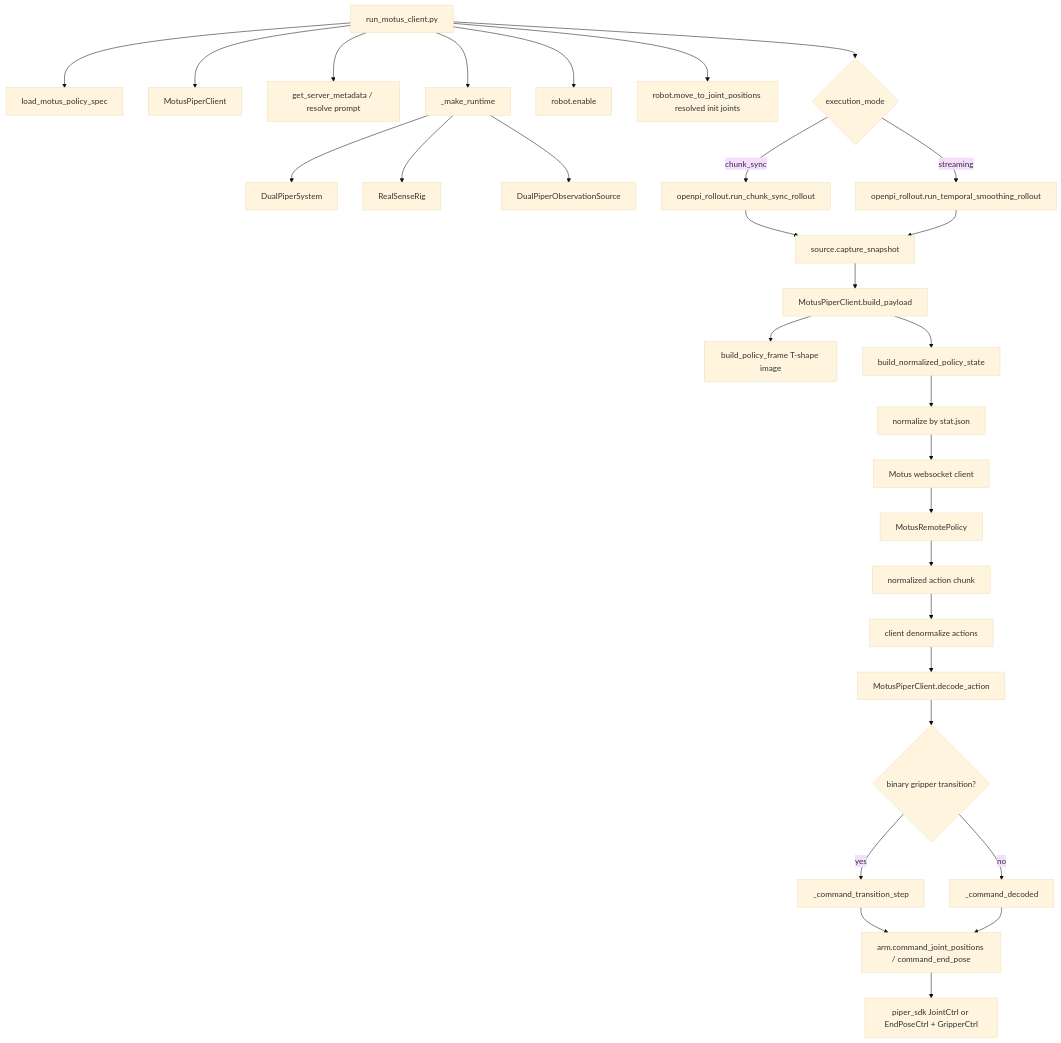
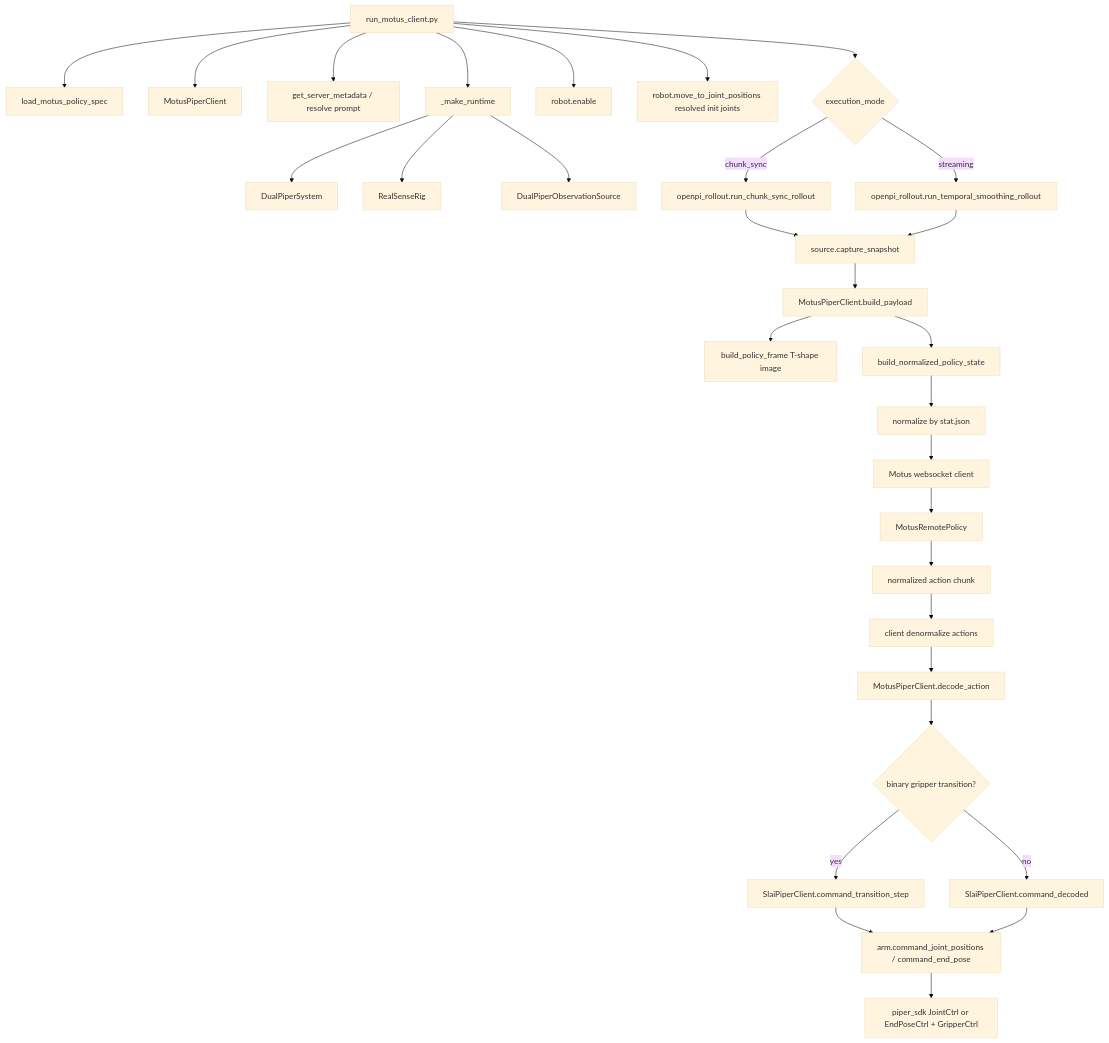
One commit to ZhaoRunyi/challenge_deploy changed the fourth of 6 diagrams in docs/deploy_call_chain.md. Above: the diagram before and after it, drawn with Mermaid (base theme). The commit also changed other lines of this file and 26 other files, not shown here.

````diff
--- a/docs/deploy_call_chain.md
+++ b/docs/deploy_call_chain.md
@@ -142,37 +149,37 @@
 ```mermaid
 flowchart TD
     C[run_motus_client.py] --> C1[load_motus_policy_spec]
     C --> C2[MotusPiperClient]
     C --> C3[get_server_metadata / resolve prompt]
     C --> C4[_make_runtime]
 
     C4 --> C5[DualPiperSystem]
     C4 --> C6[RealSenseRig]
     C4 --> C7[DualPiperObservationSource]
 
     C --> C8[robot.enable]
     C --> C9[robot.move_to_joint_positions resolved init joints]
     C --> C10{execution_mode}
     C10 -->|chunk_sync| C11[openpi_rollout.run_chunk_sync_rollout]
     C10 -->|streaming| C12[openpi_rollout.run_temporal_smoothing_rollout]
 
     C11 --> C13[source.capture_snapshot]
     C12 --> C13
     C13 --> C14[MotusPiperClient.build_payload]
     C14 --> C15[build_policy_frame T-shape image]
     C14 --> C16[build_normalized_policy_state]
     C16 --> C17[normalize by stat.json]
     C17 --> C18[Motus websocket client]
     C18 --> C19[MotusRemotePolicy]
     C19 --> C20[normalized action chunk]
 
     C20 --> C21[client denormalize actions]
     C21 --> C22[MotusPiperClient.decode_action]
     C22 --> C23{binary gripper transition?}
-    C23 -->|yes| C24[_command_transition_step]
-    C23 -->|no| C25[_command_decoded]
+    C23 -->|yes| C24[SlaiPiperClient.command_transition_step]
+    C23 -->|no| C25[SlaiPiperClient.command_decoded]
 
     C24 --> C26[arm.command_joint_positions / command_end_pose]
     C25 --> C26
     C26 --> C27[piper_sdk JointCtrl or EndPoseCtrl + GripperCtrl]
 ```
````
